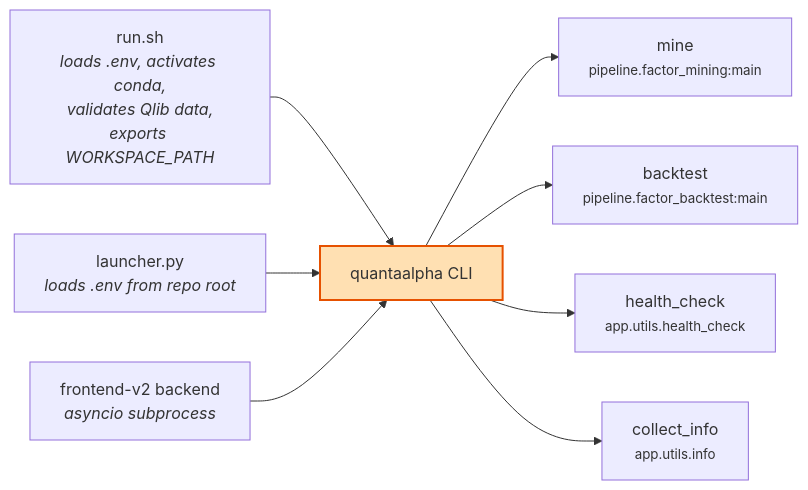
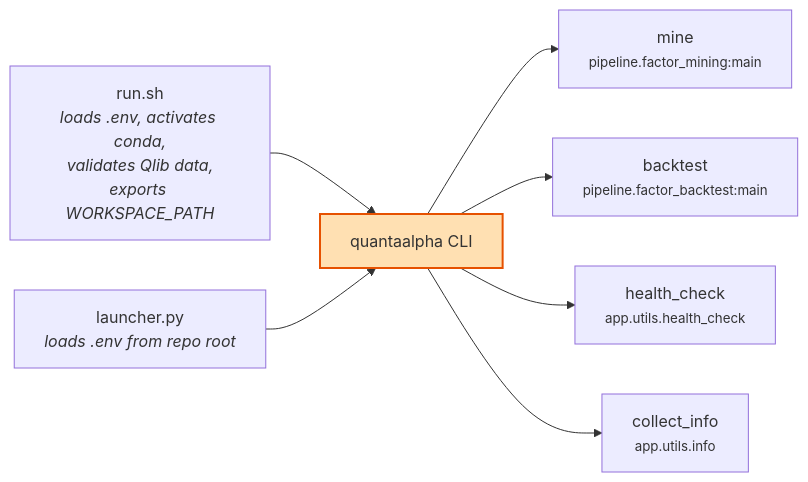
The second of 16 diagrams in Get_Started.md (ishmam02/QuantaAlpha), drawn with Mermaid before and after one commit. The commit also changed other lines of this file and 11 other files, not shown here.

````diff
--- a/Get_Started.md
+++ b/Get_Started.md
@@ -204,13 +229,12 @@
 ```mermaid
 flowchart LR
     A["run.sh<br/><i>loads .env, activates conda,<br/>validates Qlib data,<br/>exports WORKSPACE_PATH</i>"] --> B["quantaalpha CLI"]
     C["launcher.py<br/><i>loads .env from repo root</i>"] --> B
-    D["frontend-v2 backend<br/><i>asyncio subprocess</i>"] --> B
 
     B --> M["mine<br/><small>pipeline.factor_mining:main</small>"]
     B --> BT["backtest<br/><small>pipeline.factor_backtest:main</small>"]
     B --> H["health_check<br/><small>app.utils.health_check</small>"]
     B --> I["collect_info<br/><small>app.utils.info</small>"]
 
     style B fill:#ffe0b2,stroke:#e65100,stroke-width:2px
 ```
````
